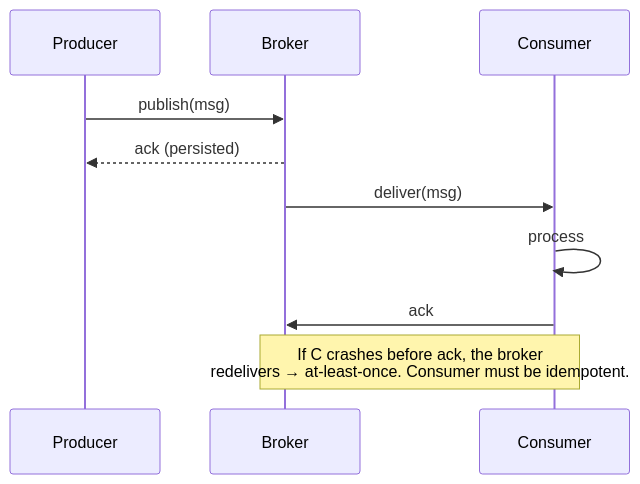
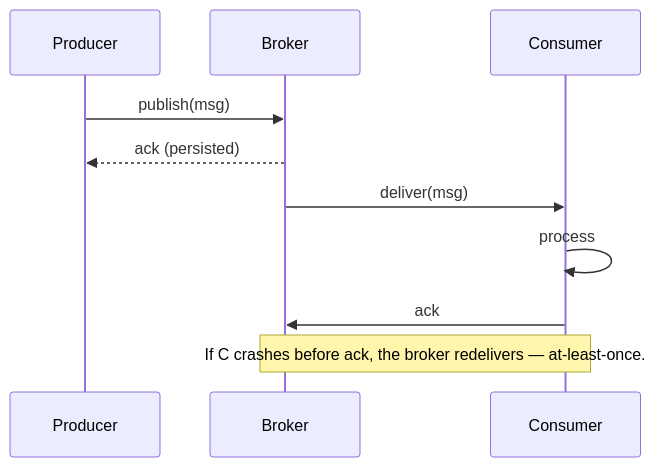
One commit to mohammad-mriesh-job/cortex changed the third of 3 diagrams in src/modules/system-design/content/05-communication/03-message-queues.md. Above: the diagram before and after it, drawn with Mermaid. The commit also changed other lines of this file and 257 other files, not shown here.

````diff
--- a/src/modules/system-design/content/05-communication/03-message-queues.md
+++ b/src/modules/system-design/content/05-communication/03-message-queues.md
@@ -61,12 +63,12 @@
 ```mermaid
 sequenceDiagram
   participant P as Producer
   participant B as Broker
   participant C as Consumer
   P->>B: publish(msg)
   B-->>P: ack (persisted)
   B->>C: deliver(msg)
   C->>C: process
   C->>B: ack
-  Note over B,C: If C crashes before ack, the broker<br/>redelivers → at-least-once. Consumer must be idempotent.
+  Note over B,C: If C crashes before ack, the broker redelivers — at-least-once.
 ```
````
